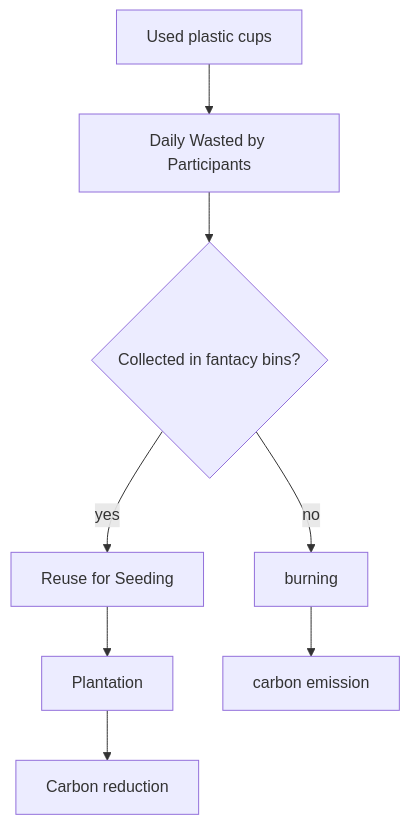
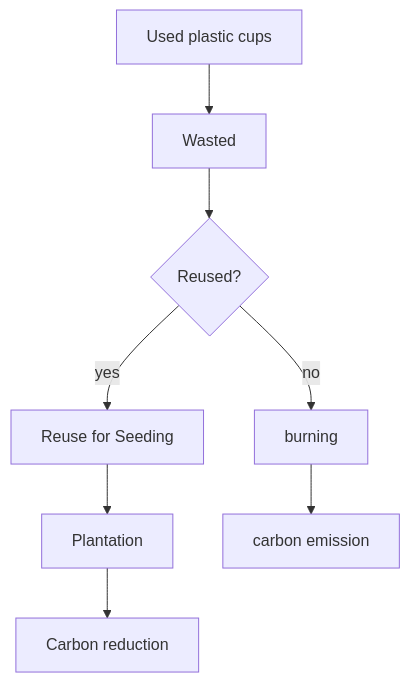
The diagram in README.md (Kietpawpan/esc), drawn with Mermaid before and after one commit.

````diff
--- a/README.md
+++ b/README.md
@@ -9,10 +9,10 @@
 ```mermaid
 flowchart TD
-    A[Used plastic cups] -->C[Daily Wasted by Participants]
-    C -->D{Collected in fantacy bins?}
+    A[Used plastic cups] -->C[Wasted]
+    C -->D{Reused?}
     D-->|yes| E[Reuse for Seeding]
     E -->F[Plantation]
     F-->G[Carbon reduction]
     D-->|no| H[burning]
     H-->I[carbon emission]
 ```
````
